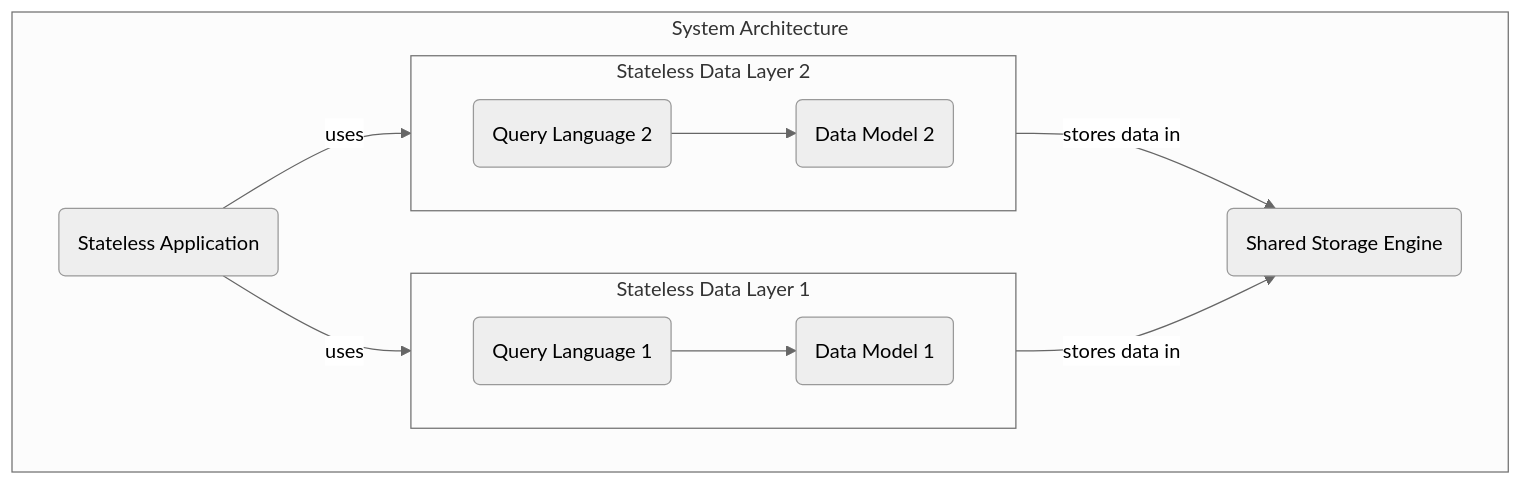
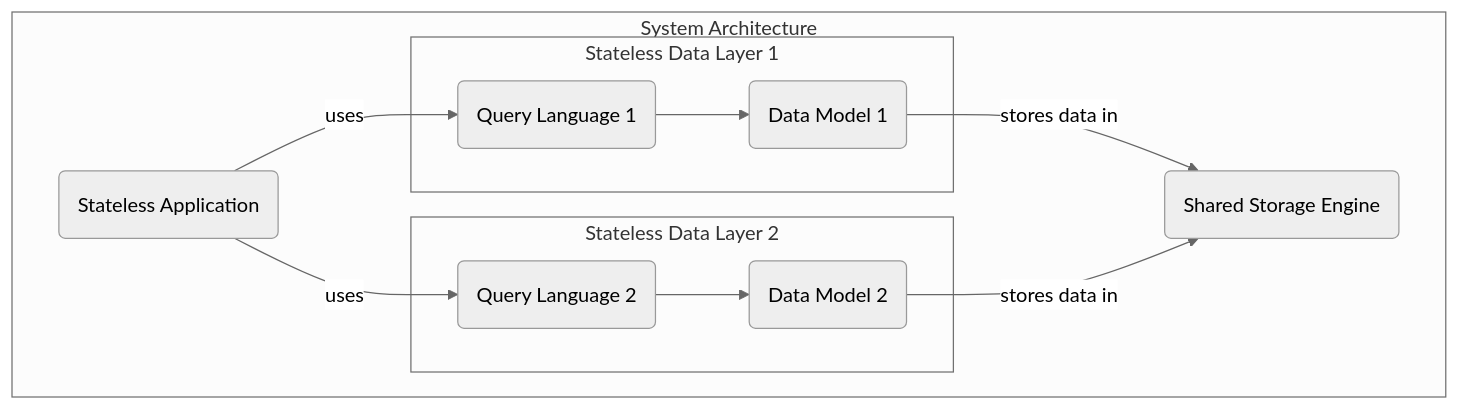
The third of 3 diagrams in src/meet_fdb/another_db.md (PierreZ/fdb-book), drawn with Mermaid (neutral theme) before and after one commit. The commit also changed 6 other files, not shown here.

````diff
--- a/src/meet_fdb/another_db.md
+++ b/src/meet_fdb/another_db.md
@@ -80,24 +80,22 @@
 ```mermaid
 flowchart TD
     subgraph "System Architecture"
         app("Stateless Application")
 
         subgraph "Stateless Data Layer 1"
-            direction LR
             ql1("Query Language 1") --> dm1("Data Model 1")
         end
 
         subgraph "Stateless Data Layer 2"
-            direction LR
             ql2("Query Language 2") --> dm2("Data Model 2")
         end
 
         se("Shared Storage Engine")
 
         app -- "uses" --> ql1
         app -- "uses" --> ql2
 
         dm1 -- "stores data in" --> se
         dm2 -- "stores data in" --> se
     end
 ```
````
